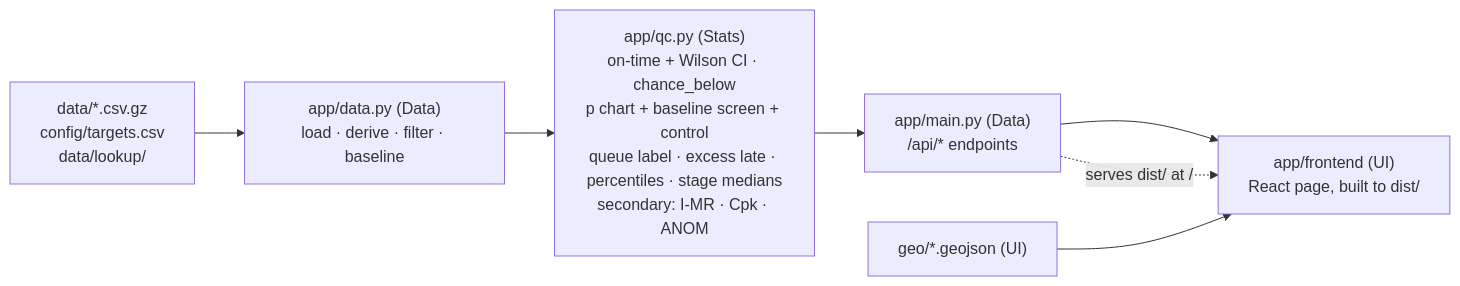
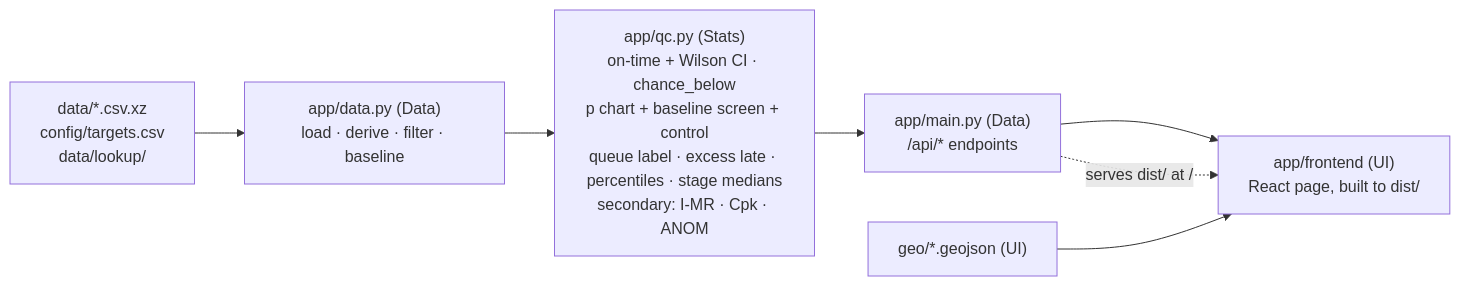
Before and after one commit to allyannap/sixsigma: the diagram in docs/roles.md, drawn with Mermaid. The commit also changed 45 other files, not shown here.

````diff
--- a/docs/roles.md
+++ b/docs/roles.md
@@ -15,9 +15,9 @@
 ```mermaid
 flowchart LR
-  d["data/*.csv.gz<br>config/targets.csv<br>data/lookup/"] --> dl["app/data.py (Data)<br>load · derive · filter · baseline"]
+  d["data/*.csv.xz<br>config/targets.csv<br>data/lookup/"] --> dl["app/data.py (Data)<br>load · derive · filter · baseline"]
   dl --> qc["app/qc.py (Stats)<br>on-time + Wilson CI · chance_below<br>p chart + baseline screen + control<br>queue label · excess late · percentiles · stage medians<br>secondary: I-MR · Cpk · ANOM"]
   qc --> api["app/main.py (Data)<br>/api/* endpoints"]
   api --> ui["app/frontend (UI)<br>React page, built to dist/"]
   geo["geo/*.geojson (UI)"] --> ui
   api -. serves dist/ at / .-> ui
 ```
````
